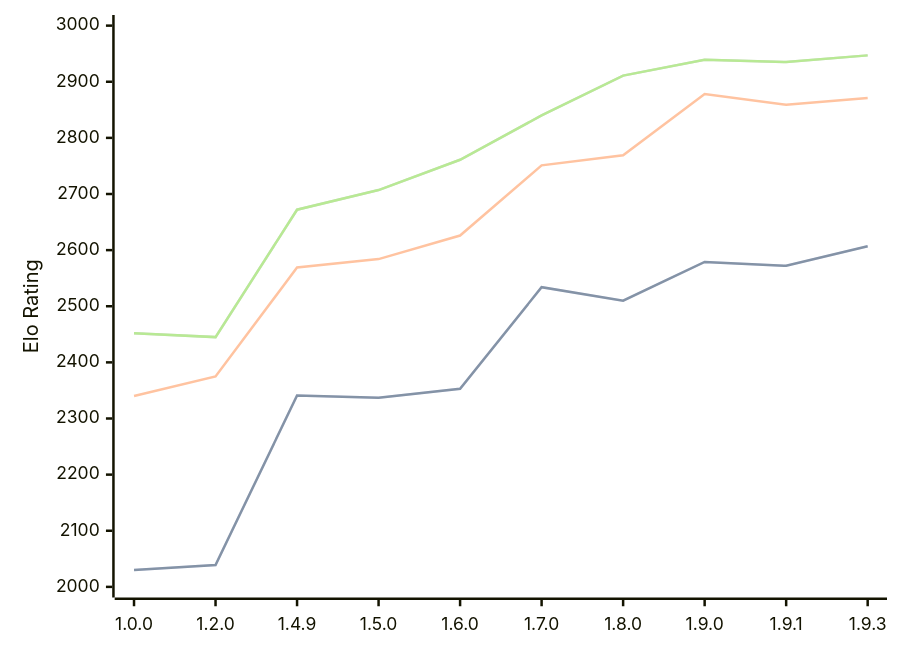
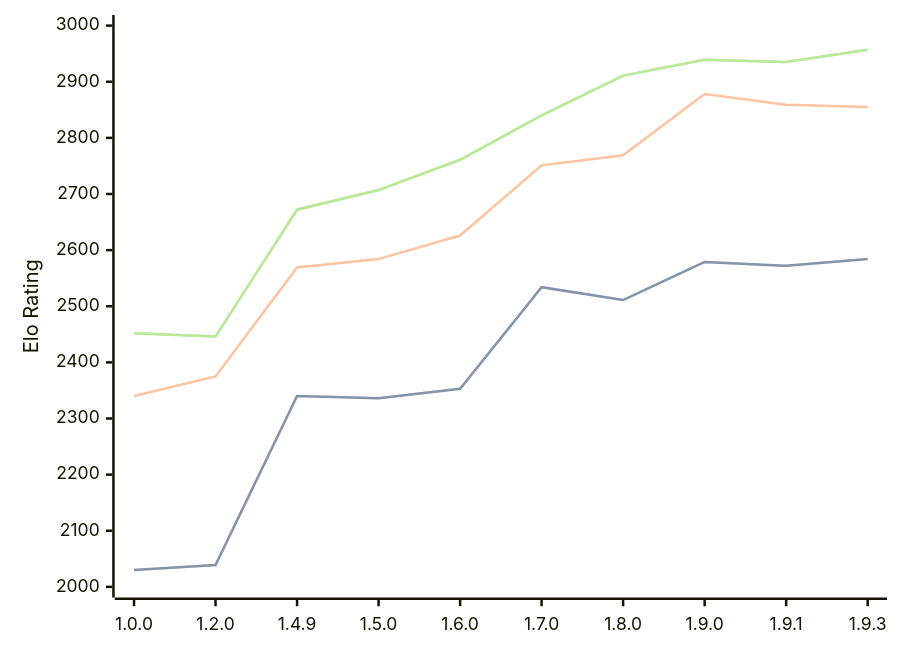
Before and after one commit to computer-chess-index/cci: the diagram in engines/Basilisk.md, drawn with Mermaid. The commit also changed other lines of this file, not shown here.

Commit message:
Update CCI Ratings (ELO VLTC) - 2026-08-06

````diff
--- a/engines/Basilisk.md
+++ b/engines/Basilisk.md
@@ -55,11 +55,11 @@
 ```mermaid
 %%{init: {"theme":"base","themeVariables":{"seriesColors:['#a3a3a3','#222221','#faa371']}}}%%
 xychart-beta
   x-axis ["1.0.0", "1.2.0", "1.4.9", "1.5.0", "1.6.0", "1.7.0", "1.8.0", "1.9.0", "1.9.1", "1.9.3"]
   y-axis "Elo Rating" 2000 --> 3000
-  line "STC (8.0+0.08s)" [2030, 2039, 2341, 2337, 2353, 2534, 2510, 2579, 2572, 2607]
-  line "STC (8.0+0.08s)" [2030, 2039, 2341, 2337, 2353, 2534, 2510, 2579, 2572, 2607]
-  line "LTC (60.0+0.60s)" [2340, 2375, 2569, 2584, 2626, 2751, 2769, 2878, 2859, 2871]
-  line "VLTC (2m24s+1.12s)" [2452, 2445, 2672, 2707, 2761, 2840, 2911, 2939, 2935, 2947]
-  line "VLTC (2m24s+1.12s)" [2452, 2445, 2672, 2707, 2761, 2840, 2911, 2939, 2935, 2947]
+  line "STC (8.0+0.08s)" [2030, 2039, 2340, 2336, 2353, 2534, 2511, 2579, 2572, 2584]
+  line "STC (8.0+0.08s)" [2030, 2039, 2340, 2336, 2353, 2534, 2511, 2579, 2572, 2584]
+  line "LTC (60.0+0.60s)" [2340, 2375, 2569, 2584, 2626, 2751, 2769, 2878, 2859, 2855]
+  line "VLTC (2m24s+1.12s)" [2452, 2446, 2672, 2707, 2761, 2840, 2911, 2939, 2935, 2957]
+  line "VLTC (2m24s+1.12s)" [2452, 2446, 2672, 2707, 2761, 2840, 2911, 2939, 2935, 2957]
 ```
````
